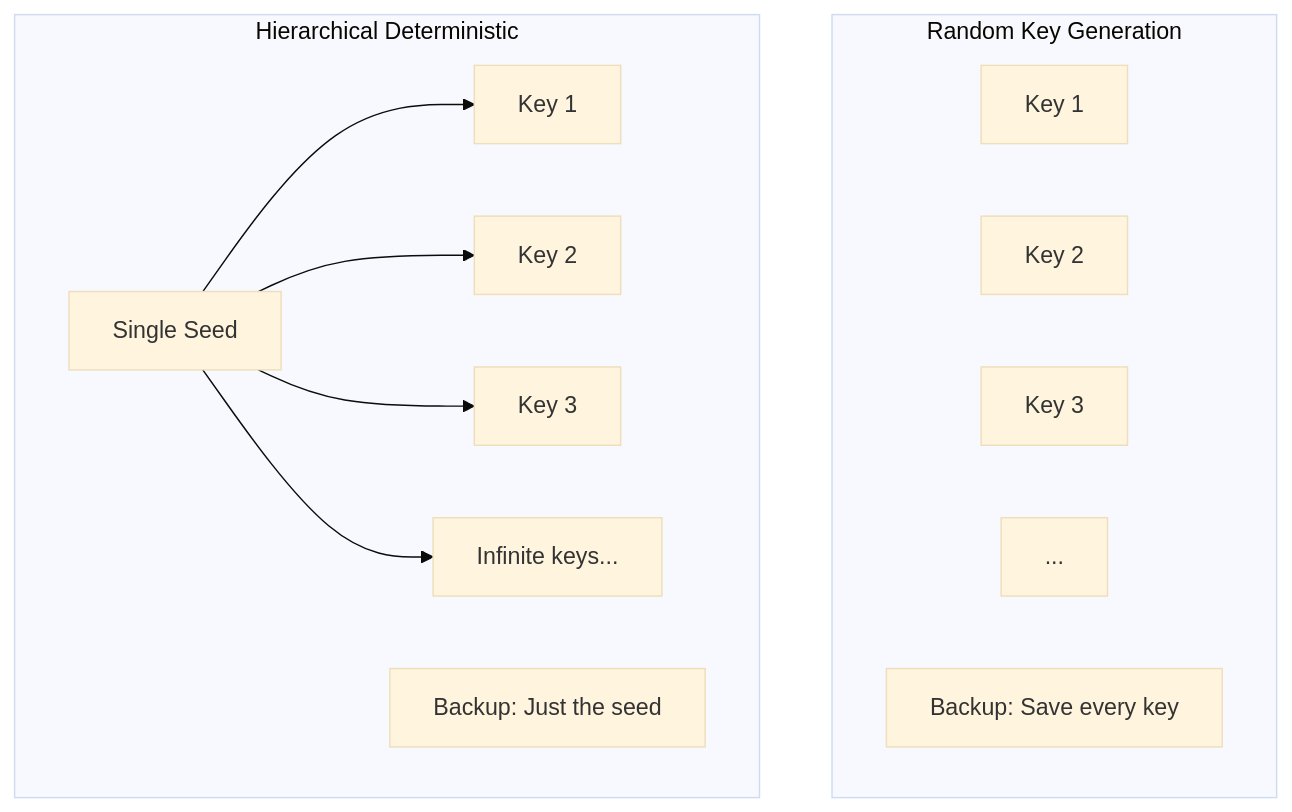
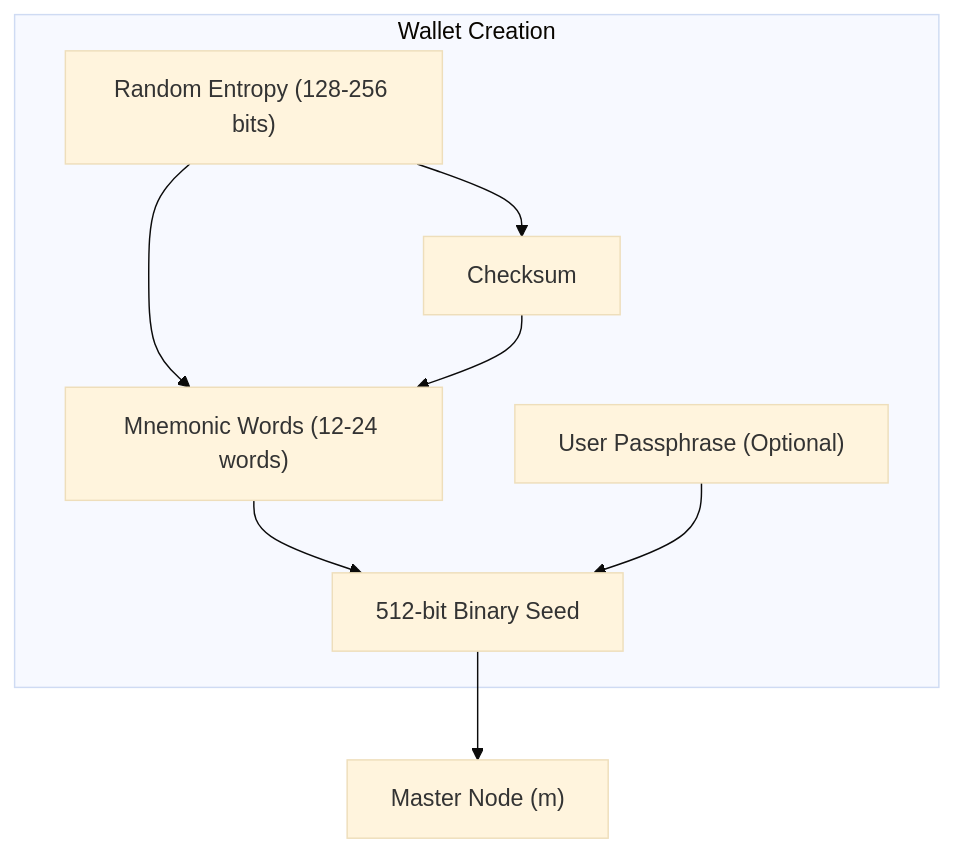
Before and after one commit to diegobianqui/BOSS_Syllabus: the first of 4 diagrams in src/wallets.md, drawn with Mermaid (base theme). The commit also changed other lines of this file and 3 other files, not shown here.

````diff
--- a/src/wallets.md
+++ b/src/wallets.md
@@ -9,24 +20,17 @@
 ```mermaid
 graph TD
-    subgraph Old["Random Key Generation"]
-        R1["Key 1"] 
-        R2["Key 2"]
-        R3["Key 3"]
-        R4["..."]
-        B1["Backup: Save every key"]
+    subgraph Creation["Wallet Creation"]
+        ENT["Random Entropy (128-256 bits)"]
+        CS["Checksum"]
+        WORDS["Mnemonic Words (12-24 words)"]
+        PASS["User Passphrase (Optional)"]
+        SEED["512-bit Binary Seed"]
     end
     
-    subgraph HD["Hierarchical Deterministic"]
-        SEED["Single Seed"]
-        K1["Key 1"]
-        K2["Key 2"]
-        K3["Key 3"]
-        K4["Infinite keys..."]
-        B3["Backup: Just the seed"]
-    end
-    
-    SEED --> K1
-    SEED --> K2
-    SEED --> K3
-    SEED --> K4
+    ENT --> CS
+    ENT --> WORDS
+    CS --> WORDS
+    WORDS --> SEED
+    PASS --> SEED
+    SEED --> ROOT["Master Node (m)"]
 ```
````
